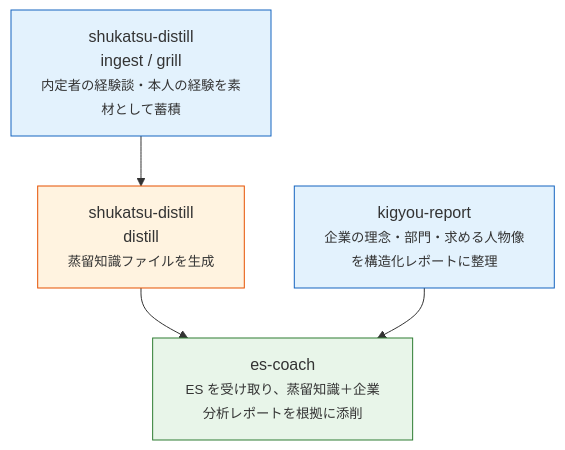
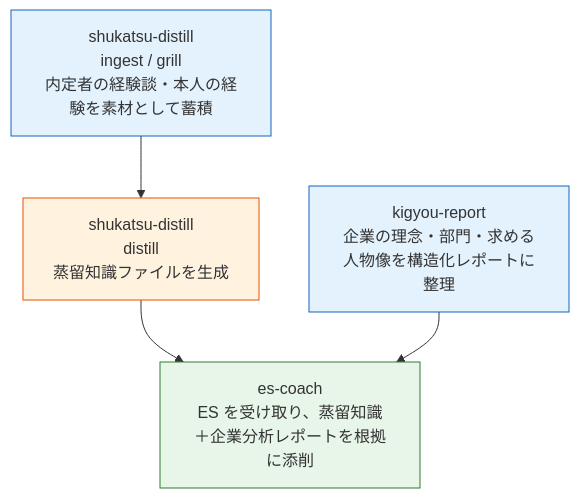
One commit to jiayi-ThE-CREATOR/es-coach-skills changed the diagram in README.md. Above: the diagram before and after it, drawn with Mermaid. The commit also changed 4 other files, not shown here.

First line of the commit message:
fix: strip <small>/<b> tags from Mermaid labels (GitHub renderer rejects them)

````diff
--- a/README.md
+++ b/README.md
@@ -11,16 +11,16 @@
 ```mermaid
 flowchart TB
-    A["shukatsu-distill<br/>ingest / grill<br/><small>内定者の経験談・本人の経験を素材として蓄積</small>"]
-    B["kigyou-report<br/><small>企業の理念・部門・求める人物像を構造化レポートに整理</small>"]
-    C["shukatsu-distill<br/>distill<br/><small>蒸留知識ファイルを生成</small>"]
-    D["es-coach<br/><small>ES を受け取り、蒸留知識＋企業分析レポートを根拠に添削</small>"]
+    A["shukatsu-distill<br/>ingest / grill<br/>内定者の経験談・本人の経験を素材として蓄積"]
+    B["kigyou-report<br/>企業の理念・部門・求める人物像を構造化レポートに整理"]
+    C["shukatsu-distill<br/>distill<br/>蒸留知識ファイルを生成"]
+    D["es-coach<br/>ES を受け取り、蒸留知識＋企業分析レポートを根拠に添削"]
 
     A --> C
     C --> D
     B --> D
 
     style A fill:#e3f2fd,stroke:#1565c0
     style B fill:#e3f2fd,stroke:#1565c0
     style C fill:#fff3e0,stroke:#e65100
     style D fill:#e8f5e9,stroke:#2e7d32
 ```
````
